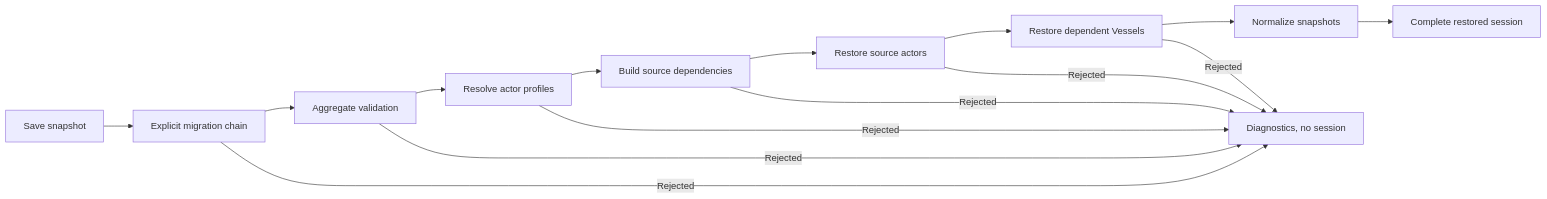
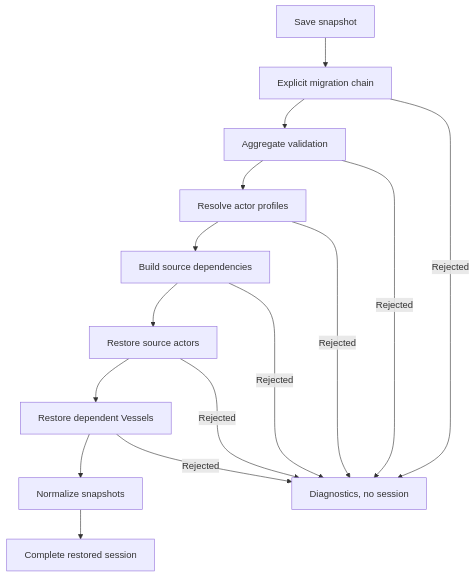
Before and after one commit to KayelC/Convergence: the fourth of 4 diagrams in docs/technical/runtime-actor-state-and-restoration.md, drawn with Mermaid. The commit also changed other lines of this file, not shown here.

Commit message:
docs: improve runtime diagram readability

````diff
--- a/docs/technical/runtime-actor-state-and-restoration.md
+++ b/docs/technical/runtime-actor-state-and-restoration.md
@@ -337,17 +340,17 @@
 ```mermaid
-flowchart LR
+flowchart TD
     Input["Save snapshot"] --> Migration["Explicit migration chain"]
     Migration --> Validation["Aggregate validation"]
     Validation --> Profiles["Resolve actor profiles"]
     Profiles --> Graph["Build source dependencies"]
     Graph --> RestoreSources["Restore source actors"]
     RestoreSources --> RestoreVessels["Restore dependent Vessels"]
     RestoreVessels --> Normalize["Normalize snapshots"]
     Normalize --> Success["Complete restored session"]
     Migration -->|Rejected| Failure["Diagnostics, no session"]
     Validation -->|Rejected| Failure
     Profiles -->|Rejected| Failure
     Graph -->|Rejected| Failure
     RestoreSources -->|Rejected| Failure
     RestoreVessels -->|Rejected| Failure
 ```
````
